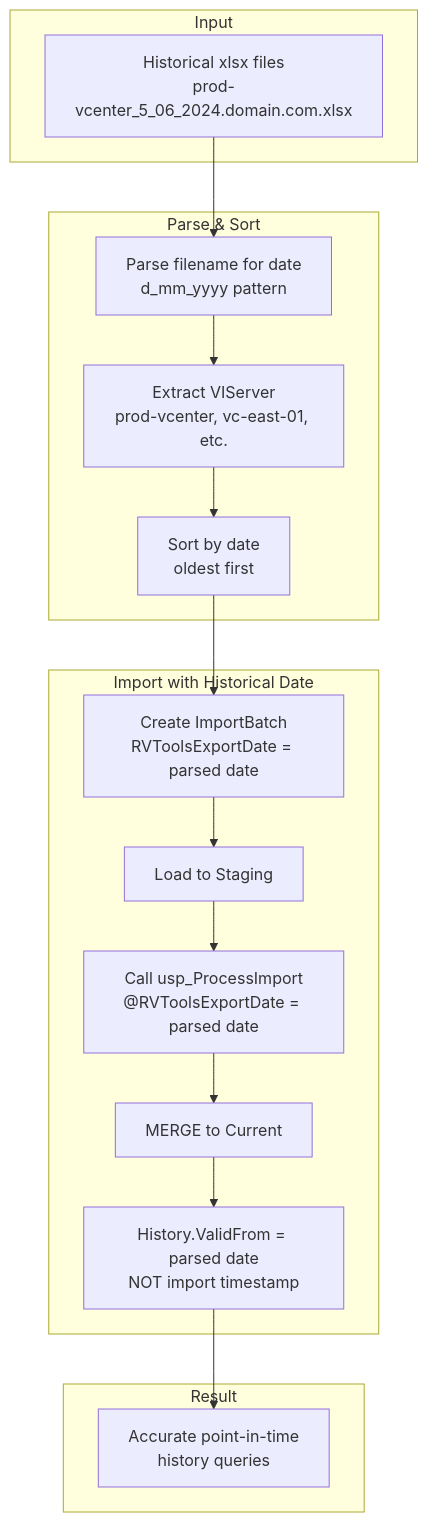
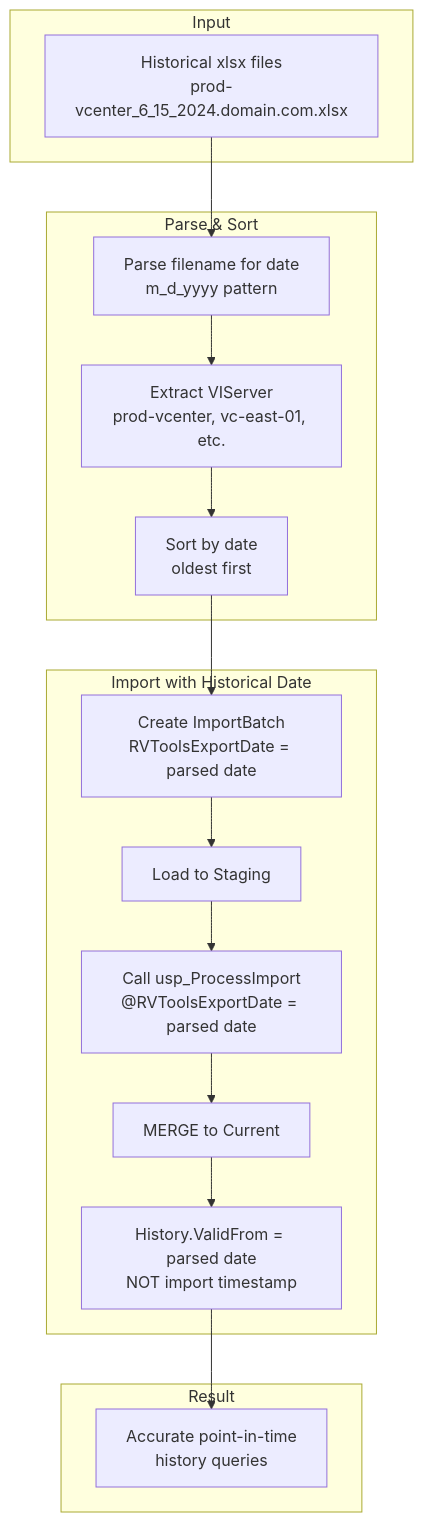
Before and after one commit to bankielewicz/rvtools-sql-server-data-warehouse: the third of 3 diagrams in docs/architecture/data-flow.md, drawn with Mermaid. The commit also changed other lines of this file and 20 other files, not shown here.

Commit message:
feat: Change date format to US style (m_d_yyyy)

````diff
--- a/docs/architecture/data-flow.md
+++ b/docs/architecture/data-flow.md
@@ -192,27 +193,27 @@
 ```mermaid
 flowchart TD
     subgraph Input
-        A[Historical xlsx files<br/>prod-vcenter_5_06_2024.domain.com.xlsx]
+        A[Historical xlsx files<br/>prod-vcenter_6_15_2024.domain.com.xlsx]
     end
 
     subgraph Parse["Parse & Sort"]
-        B[Parse filename for date<br/>d_mm_yyyy pattern]
+        B[Parse filename for date<br/>m_d_yyyy pattern]
         C[Extract VIServer<br/>prod-vcenter, vc-east-01, etc.]
         D[Sort by date<br/>oldest first]
     end
 
     subgraph Import["Import with Historical Date"]
         E[Create ImportBatch<br/>RVToolsExportDate = parsed date]
         F[Load to Staging]
         G[Call usp_ProcessImport<br/>@RVToolsExportDate = parsed date]
         H[MERGE to Current]
         I[History.ValidFrom = parsed date<br/>NOT import timestamp]
     end
 
     subgraph Result["Result"]
         J[Accurate point-in-time<br/>history queries]
     end
 
     A --> B --> C --> D
     D --> E --> F --> G --> H --> I --> J
 ```
````
